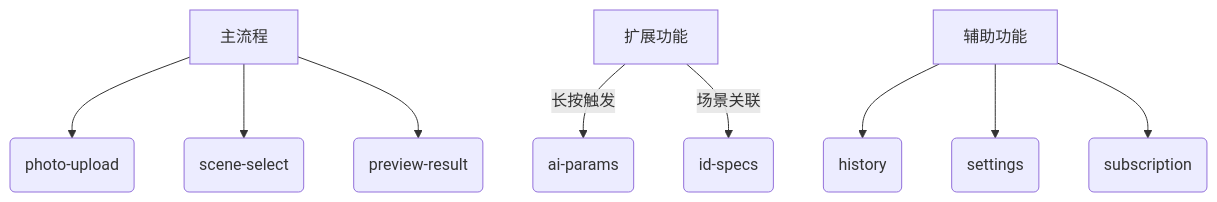
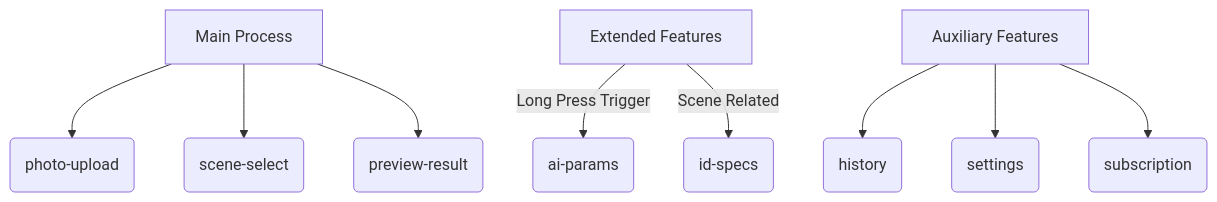
The first of 2 diagrams in README.md (joydesigner/portraify), drawn with Mermaid before and after one commit. The commit also changed other lines of this file and 6 other files, not shown here.

````diff
--- a/README.md
+++ b/README.md
@@ -30,11 +30,11 @@
 ```mermaid
 graph TD
-    A[主流程] --> B(photo-upload)
+    A[Main Process] --> B(photo-upload)
     A --> C(scene-select)
     A --> D(preview-result)
-    E[扩展功能] -->|长按触发| F(ai-params)
-    E -->|场景关联| G(id-specs)
-    H[辅助功能] --> I(history)
+    E[Extended Features] -->|Long Press Trigger| F(ai-params)
+    E -->|Scene Related| G(id-specs)
+    H[Auxiliary Features] --> I(history)
     H --> J(settings)
     H --> K(subscription)
 ```
````
